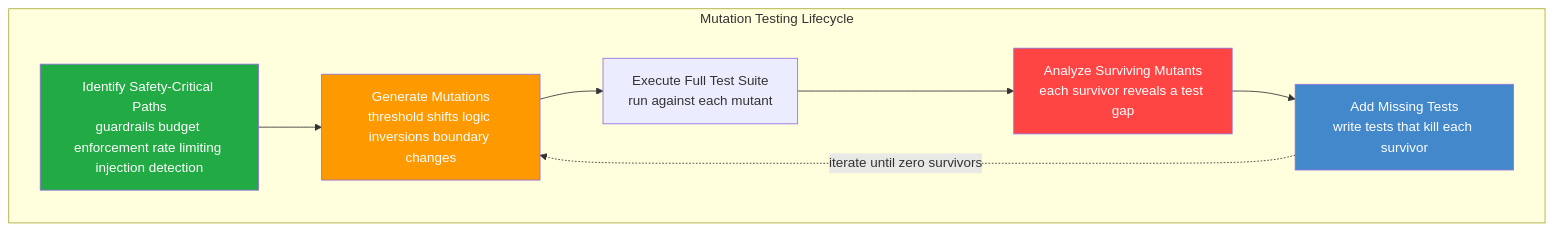
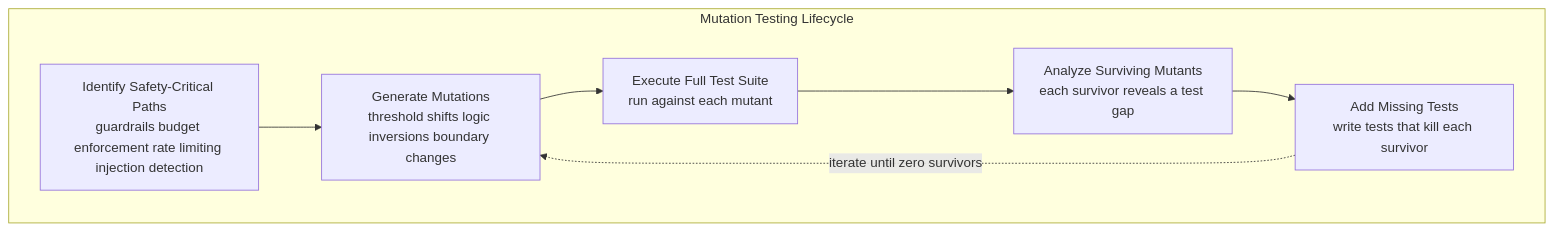
Diagram 12 of 14 in plan/testing.md (1qh/safeagent), drawn with Mermaid before and after one commit. The commit also changed other lines of this file and 43 other files, not shown here.

Commit message:
Phase 3 compression: strip non-semantic separators and Mermaid style metadata

````diff
--- a/plan/testing.md
+++ b/plan/testing.md
@@ -1017,18 +964,14 @@
 ```mermaid
 flowchart TD
     subgraph MUTATION_LIFECYCLE["Mutation Testing Lifecycle"]
         IDENTIFY_PATHS["Identify Safety-Critical Paths\nguardrails budget enforcement rate limiting injection detection"]
         GENERATE_MUTANTS["Generate Mutations\nthreshold shifts logic inversions boundary changes"]
         EXECUTE_TESTS["Execute Full Test Suite\nrun against each mutant"]
         ANALYZE_SURVIVORS["Analyze Surviving Mutants\neach survivor reveals a test gap"]
         STRENGTHEN_TESTS["Add Missing Tests\nwrite tests that kill each survivor"]
     end
 
     IDENTIFY_PATHS --> GENERATE_MUTANTS --> EXECUTE_TESTS --> ANALYZE_SURVIVORS --> STRENGTHEN_TESTS
     STRENGTHEN_TESTS -.->|"iterate until zero survivors"| GENERATE_MUTANTS
 
-    style IDENTIFY_PATHS fill:#22aa44,color:#fff
-    style GENERATE_MUTANTS fill:#ff9900,color:#fff
-    style ANALYZE_SURVIVORS fill:#ff4444,color:#fff
-    style STRENGTHEN_TESTS fill:#4488cc,color:#fff
 ```
````
